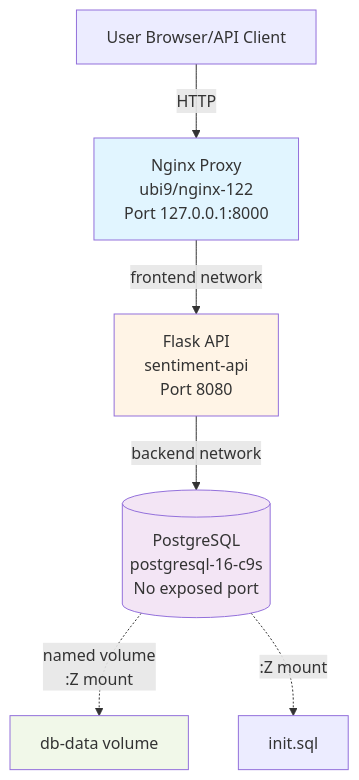
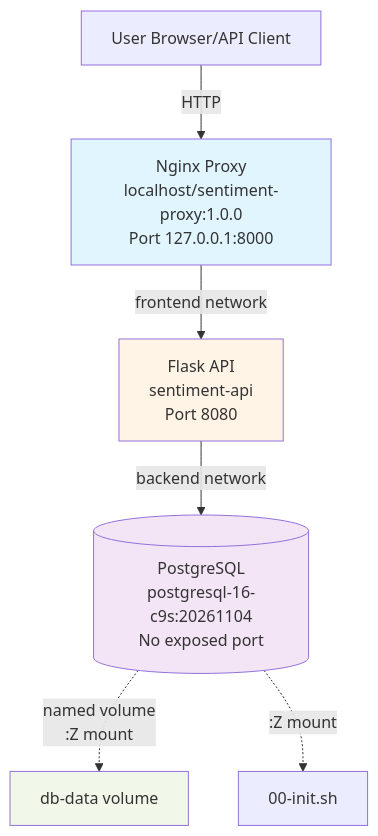
Before and after one commit to IstoMan/Sentiment: the diagram in README.md, drawn with Mermaid. The commit also changed other lines of this file, not shown here.

````diff
--- a/README.md
+++ b/README.md
@@ -21,19 +21,19 @@
 ```mermaid
 graph TB
     User[User Browser/API Client]
-    Proxy[Nginx Proxy<br/>ubi9/nginx-122<br/>Port 127.0.0.1:8000]
+    Proxy[Nginx Proxy<br/>localhost/sentiment-proxy:1.0.0<br/>Port 127.0.0.1:8000]
     API[Flask API<br/>sentiment-api<br/>Port 8080]
-    DB[(PostgreSQL<br/>postgresql-16-c9s<br/>No exposed port)]
+    DB[(PostgreSQL<br/>postgresql-16-c9s:20261104<br/>No exposed port)]
     
     User -->|HTTP| Proxy
     Proxy -->|frontend network| API
     API -->|backend network| DB
     
     DB -.->|named volume<br/>:Z mount| DataVol[db-data volume]
-    DB -.->|:Z mount| InitSQL[init.sql]
+    DB -.->|:Z mount| InitScript[00-init.sh]
     
     style Proxy fill:#e1f5ff
     style API fill:#fff4e6
     style DB fill:#f3e5f5
     style DataVol fill:#f1f8e9
 ```
````
